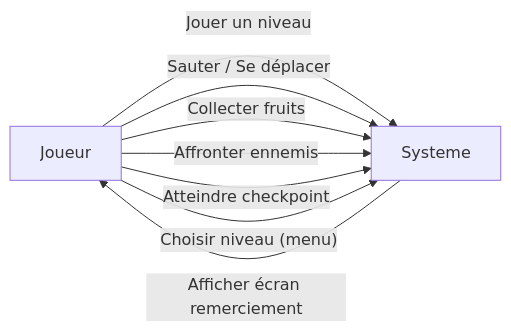
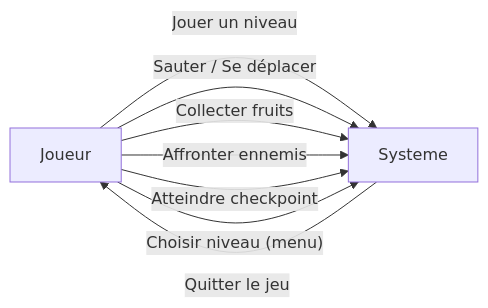
The first of 11 diagrams in presentation/rapport_projet.md (edhahbi/PixelRunner), drawn with Mermaid before and after one commit. The commit also changed other lines of this file and 6 other files, not shown here.

````diff
--- a/presentation/rapport_projet.md
+++ b/presentation/rapport_projet.md
@@ -68,10 +68,10 @@
 ```mermaid
 flowchart LR
     Joueur --"Jouer un niveau"--> Systeme
     Joueur --"Sauter / Se déplacer"--> Systeme
     Joueur --"Collecter fruits"--> Systeme
     Joueur --"Affronter ennemis"--> Systeme
     Joueur --"Atteindre checkpoint"--> Systeme
     Joueur --"Choisir niveau (menu)"--> Systeme
-    Systeme --"Afficher écran remerciement"--> Joueur
+    Systeme --"Quitter le jeu"--> Joueur
 ```
````
